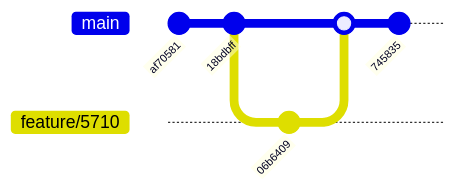
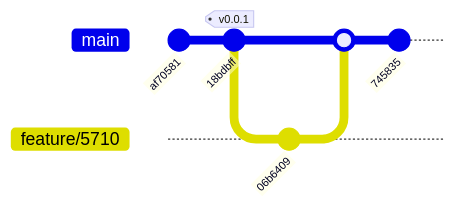
Before and after one commit to pho-enix/yagt: the diagram in README.md, drawn with Mermaid.

````diff
--- a/README.md
+++ b/README.md
@@ -52,11 +52,11 @@
 ```mermaid
 gitGraph
     commit id: "af70581"
-    commit id: "18bdbff"
+    commit id: "18bdbff" tag: "v0.0.1"
     branch feature/5710
     checkout feature/5710
     commit id: "06b6409"
     checkout main
     merge feature/5710
     commit id: "745835"
 ```
````
